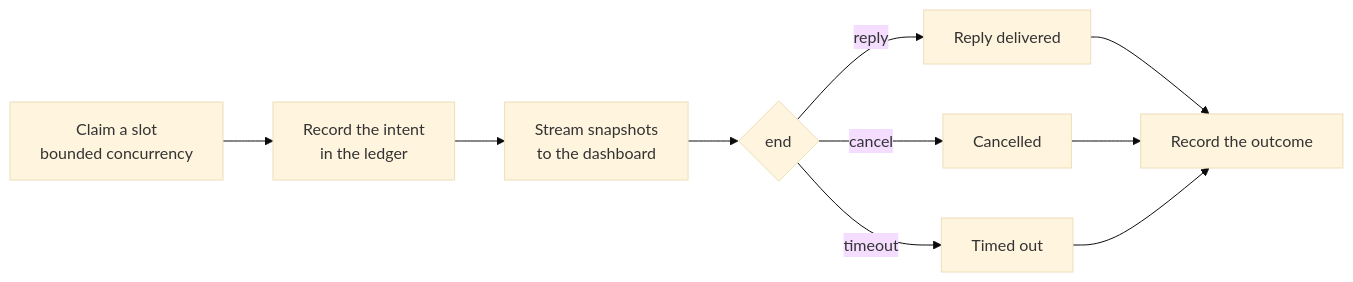
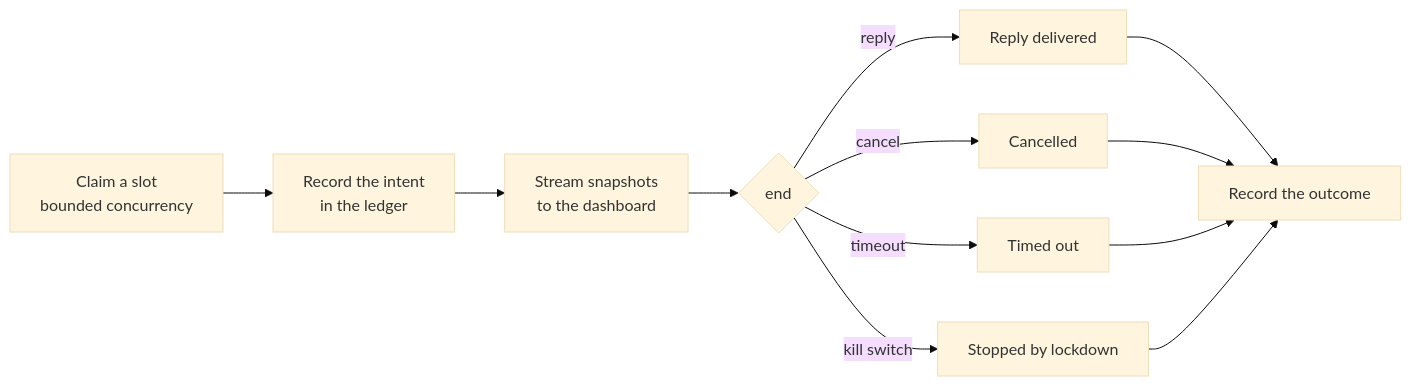
Before and after one commit to KinanRadaideh/openclaw-governance-layer: the tenth of 23 diagrams in docs-notes/FIGURES.md, drawn with Mermaid (base theme). The commit also changed other lines of this file and 12 other files, not shown here.

````diff
--- a/docs-notes/FIGURES.md
+++ b/docs-notes/FIGURES.md
@@ -1043,12 +1085,14 @@
 ```mermaid
 flowchart LR
   S["Claim a slot<br/>bounded concurrency"] --> I["Record the intent<br/>in the ledger"]
   I --> ST["Stream snapshots<br/>to the dashboard"]
   ST --> E{"end"}
   E -->|reply| R["Reply delivered"]
   E -->|cancel| C["Cancelled"]
   E -->|timeout| T["Timed out"]
+  E -->|kill switch| K["Stopped by lockdown"]
   R --> O["Record the outcome"]
   C --> O
   T --> O
+  K --> O
 ```
````
